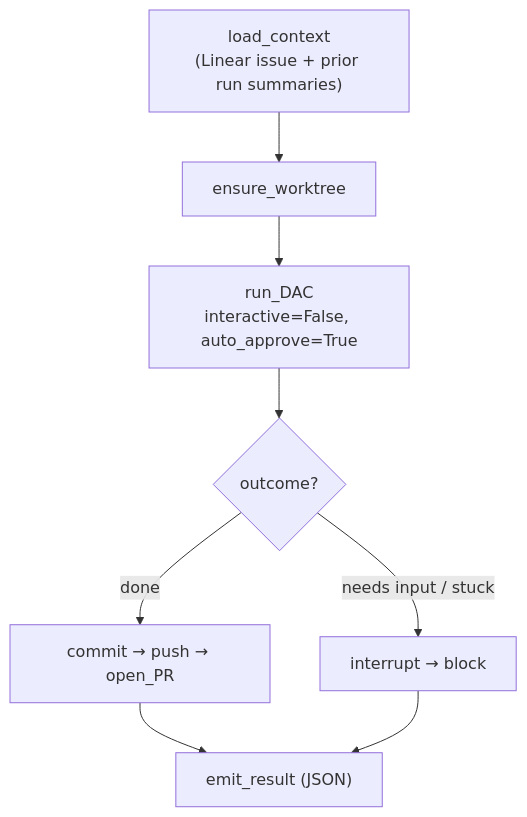
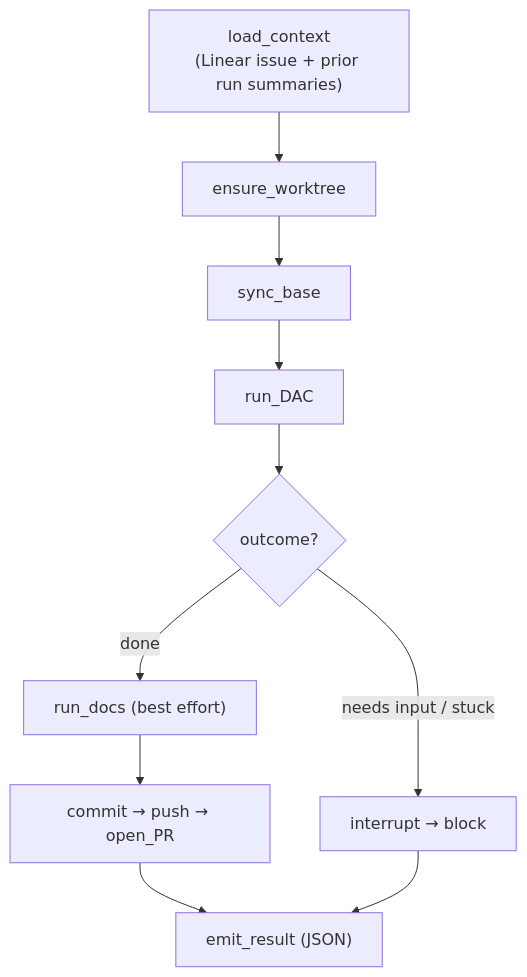
Before and after one commit to xlyk/clipse: the second of 2 diagrams in docs/design/2026-07-01-clipse-design.md, drawn with Mermaid. The commit also changed other lines of this file and 27 other files, not shown here.

````diff
--- a/docs/design/2026-07-01-clipse-design.md
+++ b/docs/design/2026-07-01-clipse-design.md
@@ -166,10 +174,12 @@
 ```mermaid
 flowchart TD
   A["load_context<br/>(Linear issue + prior run summaries)"] --> B["ensure_worktree"]
-  B --> C["run_DAC<br/>interactive=False, auto_approve=True"]
-  C --> D{outcome?}
-  D -->|done| E["commit → push → open_PR"]
-  D -->|needs input / stuck| F["interrupt → block"]
-  E --> G["emit_result (JSON)"]
-  F --> G
+  B --> C["sync_base"]
+  C --> D["run_DAC"]
+  D --> E{outcome?}
+  E -->|done| F["run_docs (best effort)"]
+  E -->|needs input / stuck| G["interrupt → block"]
+  F --> H["commit → push → open_PR"]
+  H --> I["emit_result (JSON)"]
+  G --> I
 ```
````
